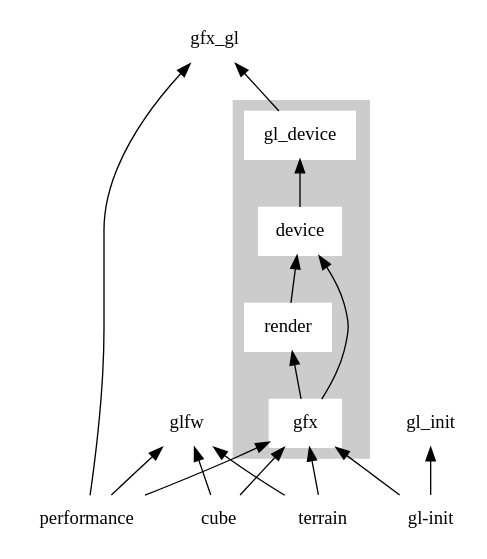
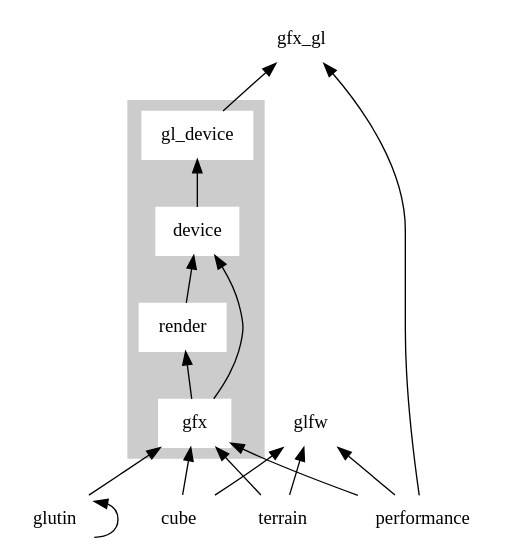
One commit to gfx-rs/gfx changed the diagram in diagrams/dot/dependencies.dot. Above: the diagram before and after it, drawn with Graphviz. The commit also changed 3 other files, not shown here.

Commit message:
glutin instead of gl-init-rs

```diff
--- a/diagrams/dot/dependencies.dot
+++ b/diagrams/dot/dependencies.dot
@@ -1,44 +1,44 @@
 # Copyright 2014 The Gfx-rs Developers.
 #
 # Licensed under the Apache License, Version 2.0 (the "License");
 # you may not use this file except in compliance with the License.
 # You may obtain a copy of the License at
 #
 #     http://www.apache.org/licenses/LICENSE-2.0
 #
 # Unless required by applicable law or agreed to in writing, software
 # distributed under the License is distributed on an "AS IS" BASIS,
 # WITHOUT WARRANTIES OR CONDITIONS OF ANY KIND, either express or implied.
 # See the License for the specific language governing permissions and
 # limitations under the License.
 
 digraph gfx {
     rankdir=BT;
 
     # Main gfx-rs crates
     subgraph cluster_gfx {
         style=filled;
         color=gray80;
 
         node [shape=box, style=filled, color=white];
         "gfx" -> "render";
         "gfx" -> "device";
         "render" -> "device";
         "device" -> "gl_device";
     }
 
     # Examples and external dependencies
     node [shape=none];
 
     "gl_device" -> "gfx_gl";
 
     "cube" -> "gfx";
     "cube" -> "glfw";
     "terrain" -> "gfx";
     "terrain" -> "glfw";
-    "gl-init" -> "gfx";
-    "gl-init" -> "gl_init";
+    "glutin" -> "gfx";
+    "glutin" -> "glutin";
     "performance" -> "gfx";
     "performance" -> "glfw";
     "performance" -> "gfx_gl";
 }
```
